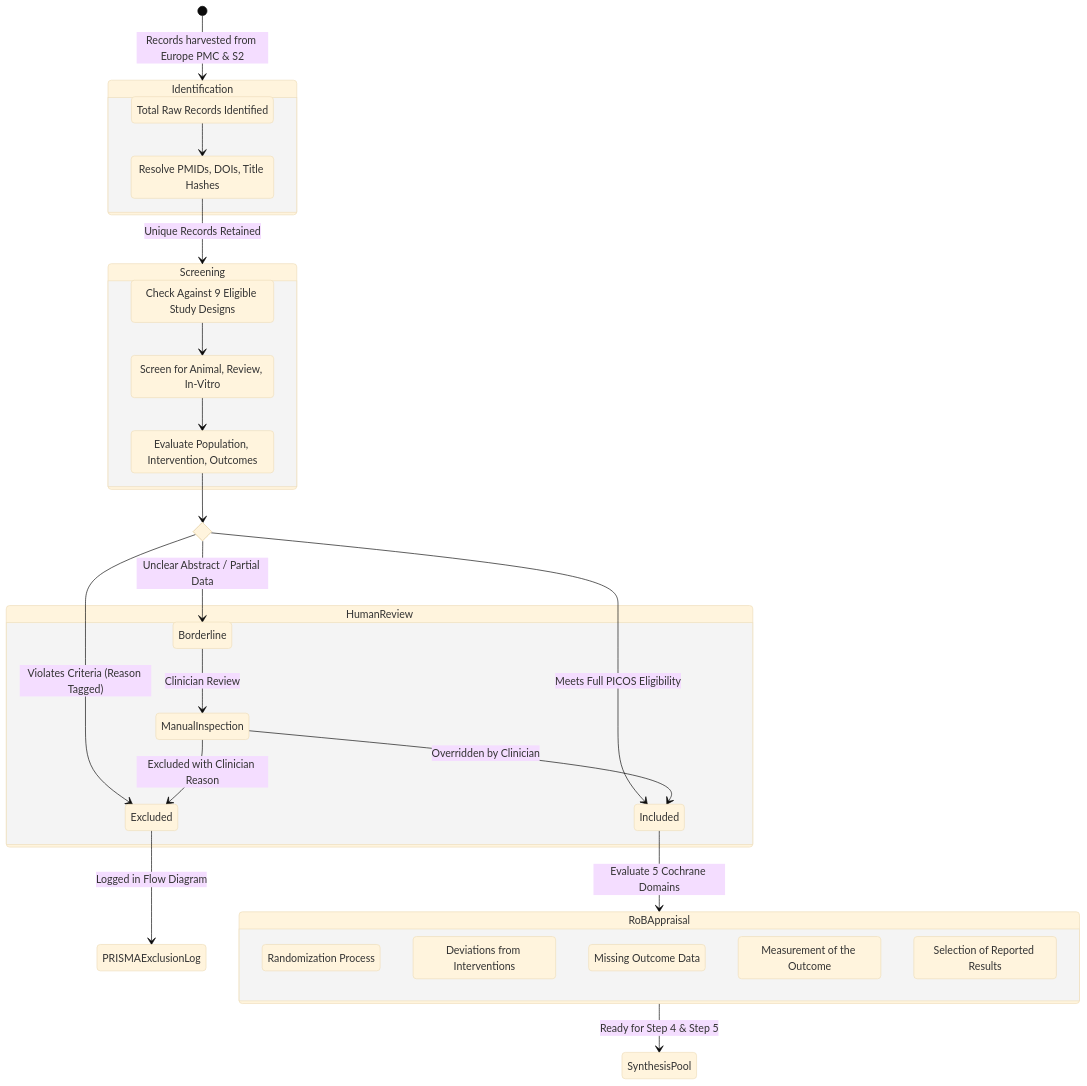
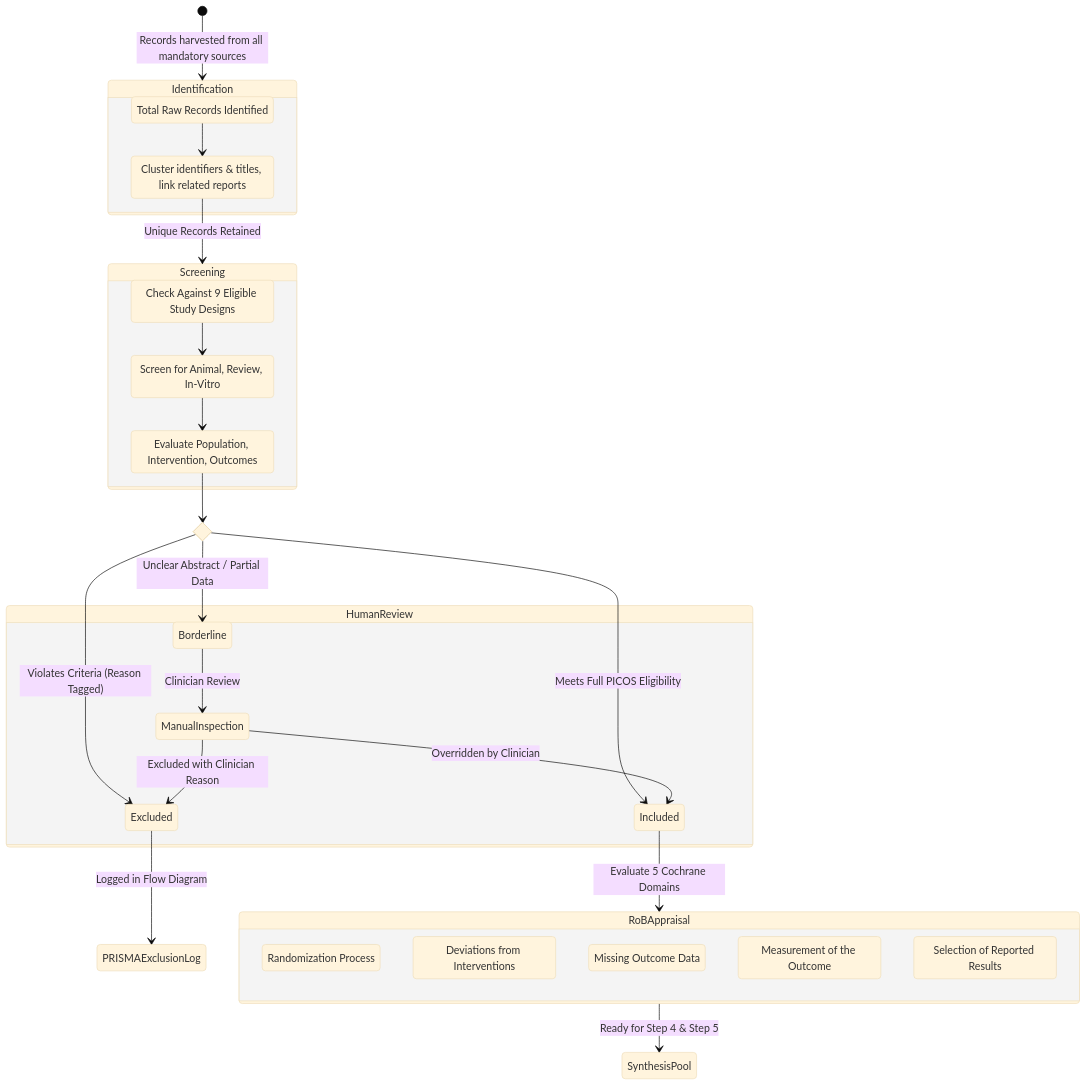
The third of 4 diagrams in README.md (roroleaks/Sysrevai), drawn with Mermaid (base theme) before and after one commit. The commit also changed other lines of this file and 1 other file, not shown here.

First line of the commit message:
docs: README and CHANGELOG for mandatory sources and cluster deduplication

````diff
--- a/README.md
+++ b/README.md
@@ -181,46 +183,46 @@
 ```mermaid
 stateDiagram-v2
-    [*] --> Identification: Records harvested from Europe PMC & S2
+    [*] --> Identification: Records harvested from all mandatory sources
 
     state Identification {
         RawPool: Total Raw Records Identified
-        Deduplication: Resolve PMIDs, DOIs, Title Hashes
+        Deduplication: Cluster identifiers & titles, link related reports
         RawPool --> Deduplication
     }
 
     Deduplication --> Screening: Unique Records Retained
 
     state Screening {
         FilterDesign: Check Against 9 Eligible Study Designs
         FilterExclusions: Screen for Animal, Review, In-Vitro
         FilterPICOS: Evaluate Population, Intervention, Outcomes
         FilterDesign --> FilterExclusions
         FilterExclusions --> FilterPICOS
     }
 
     state Decision <<choice>>
     FilterPICOS --> Decision
 
     Decision --> Excluded: Violates Criteria (Reason Tagged)
     Decision --> Borderline: Unclear Abstract / Partial Data
     Decision --> Included: Meets Full PICOS Eligibility
 
     state HumanReview {
         Borderline --> ManualInspection: Clinician Review
         ManualInspection --> Included: Overridden by Clinician
         ManualInspection --> Excluded: Excluded with Clinician Reason
     }
 
     Excluded --> PRISMAExclusionLog: Logged in Flow Diagram
     Included --> RoBAppraisal: Evaluate 5 Cochrane Domains
 
     state RoBAppraisal {
         D1: Randomization Process
         D2: Deviations from Interventions
         D3: Missing Outcome Data
         D4: Measurement of the Outcome
         D5: Selection of Reported Results
     }
 
     RoBAppraisal --> SynthesisPool: Ready for Step 4 & Step 5
 ```
````
